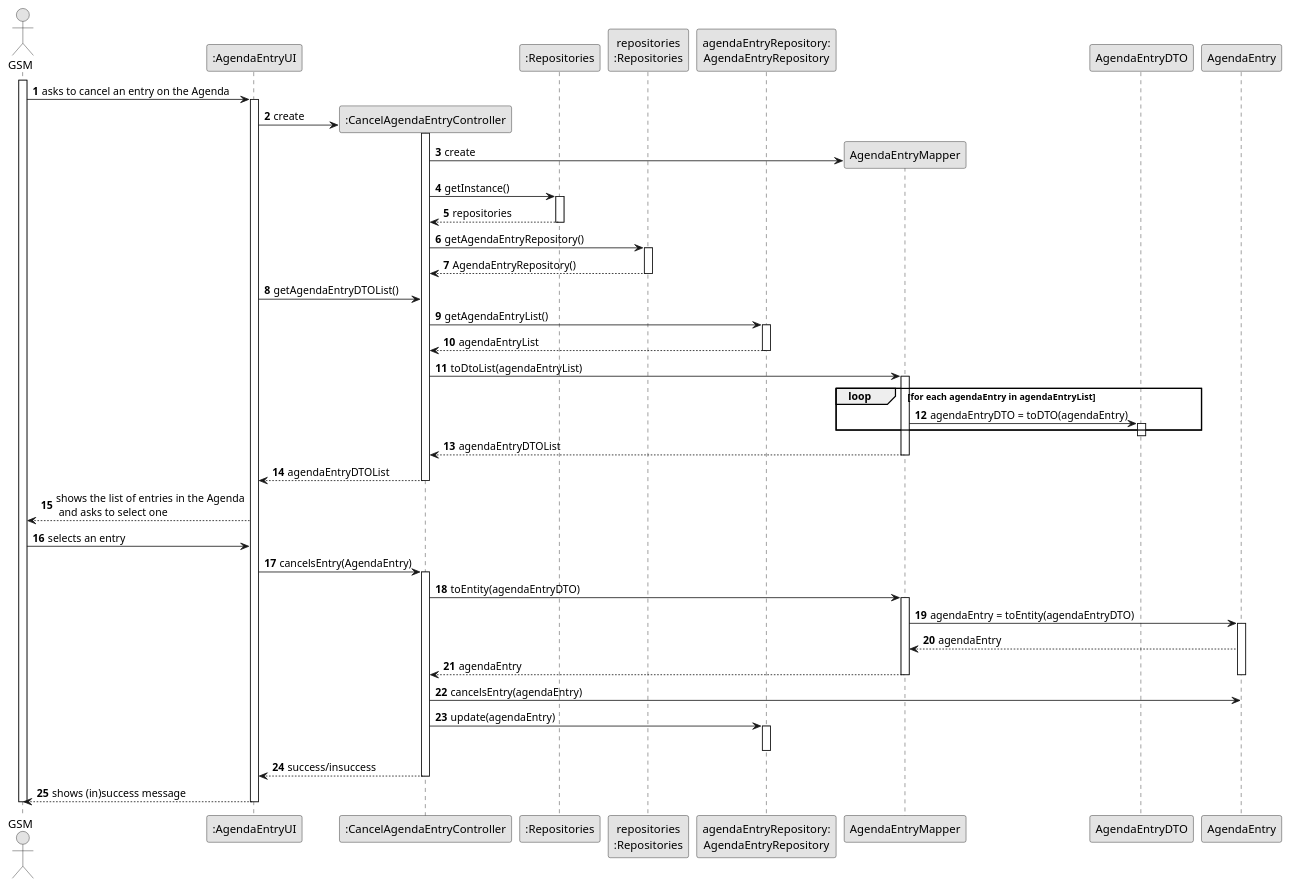
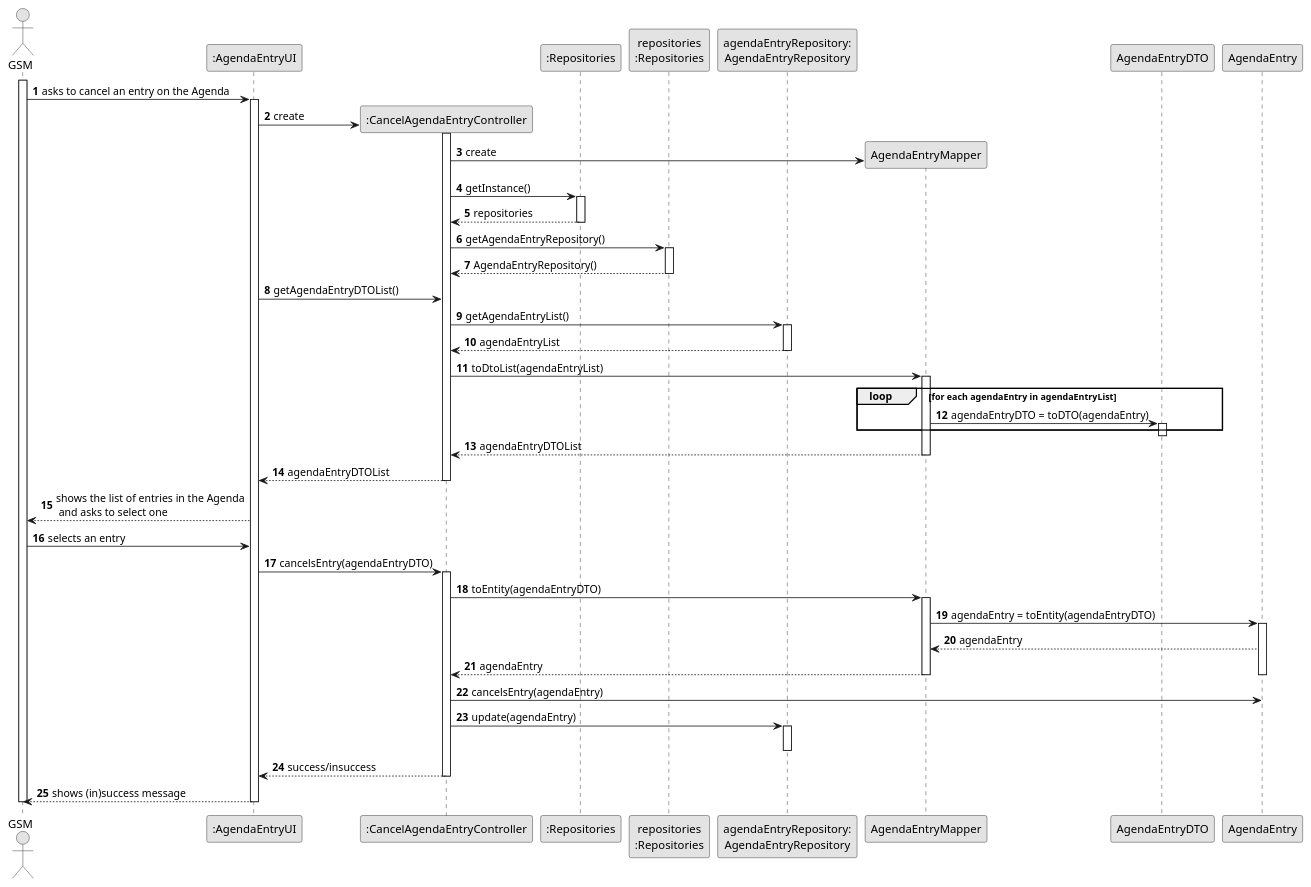
Before and after one commit to Departamento-de-Engenharia-Informatica/lei-24-s2-1do-g164: the diagram in docs/sprintC/us025/03.design/puml/us025-sequence-diagram-full.puml, drawn with PlantUML. The commit also changed 1 other file, not shown here.

```diff
--- a/docs/sprintC/us025/03.design/puml/us025-sequence-diagram-full.puml
+++ b/docs/sprintC/us025/03.design/puml/us025-sequence-diagram-full.puml
@@ -1,111 +1,111 @@
 @startuml
 skinparam monochrome true
 skinparam packageStyle rectangle
 skinparam shadowing false
 
 autonumber
 
 'hide footbox
 actor "GSM" as GSM
 participant ":AgendaEntryUI" as UI
 participant ":CancelAgendaEntryController" as CTRL
 participant ":Repositories" as RepositorySingleton
 participant "repositories\n:Repositories" as PLAT
 participant "agendaEntryRepository:\nAgendaEntryRepository" as Repo
 participant "AgendaEntryMapper"
 participant "AgendaEntryDTO"
 participant "AgendaEntry"
 
 
 activate GSM
 
                 GSM -> UI : asks to cancel an entry on the Agenda
 
                 activate UI
 
                 UI -> CTRL** : create
                 activate CTRL
                 CTRL-> "AgendaEntryMapper"** : create
 
 
 
                 CTRL -> RepositorySingleton : getInstance()
                 activate RepositorySingleton
 
                     RepositorySingleton --> CTRL: repositories
                 deactivate RepositorySingleton
 
 
                 CTRL -> PLAT : getAgendaEntryRepository()
                 activate PLAT
 
                     PLAT --> CTRL: AgendaEntryRepository()
                 deactivate PLAT
 
                 UI-> CTRL: getAgendaEntryDTOList()
 
 
                 CTRL -> Repo : getAgendaEntryList()
                 activate Repo
 
                 Repo --> CTRL: agendaEntryList
                 deactivate Repo
 
 
 
 
                 CTRL -> "AgendaEntryMapper" : toDtoList(agendaEntryList)
                 activate "AgendaEntryMapper"
 
 
                  loop for each agendaEntry in agendaEntryList
 
                  "AgendaEntryMapper" -> "AgendaEntryDTO" : agendaEntryDTO = toDTO(agendaEntry)
 
                   activate "AgendaEntryDTO"
                   end
                 deactivate "AgendaEntryDTO"
 
                 "AgendaEntryMapper" --> CTRL : agendaEntryDTOList
                 deactivate "AgendaEntryMapper"
 
                  CTRL --> UI : agendaEntryDTOList
                  deactivate CTRL
 
                   UI --> GSM : shows the list of entries in the Agenda\n and asks to select one
 
 
                  GSM-> UI: selects an entry
 
-                 UI-> CTRL: cancelsEntry(AgendaEntry)
+                 UI-> CTRL: cancelsEntry(agendaEntryDTO)
                 activate CTRL
                 CTRL-> "AgendaEntryMapper":toEntity(agendaEntryDTO)
                 activate "AgendaEntryMapper"
                  "AgendaEntryMapper" -> "AgendaEntry": agendaEntry = toEntity(agendaEntryDTO)
                  activate "AgendaEntry"
                  AgendaEntry-->"AgendaEntryMapper": agendaEntry
 
 
 
 
                 "AgendaEntryMapper"-->CTRL: agendaEntry
                 deactivate "AgendaEntry"
                 deactivate "AgendaEntryMapper"
 
                 CTRL-> "AgendaEntry": cancelsEntry(agendaEntry)
 
 
                 CTRL-> Repo: update(agendaEntry)
                 activate Repo
                 deactivate "AgendaEntry"
               deactivate Repo
 
                 CTRL --> UI : success/insuccess
                 deactivate CTRL
                UI --> GSM : shows (in)success message
                deactivate UI
 
 
 deactivate GSM
 
 @enduml
```
